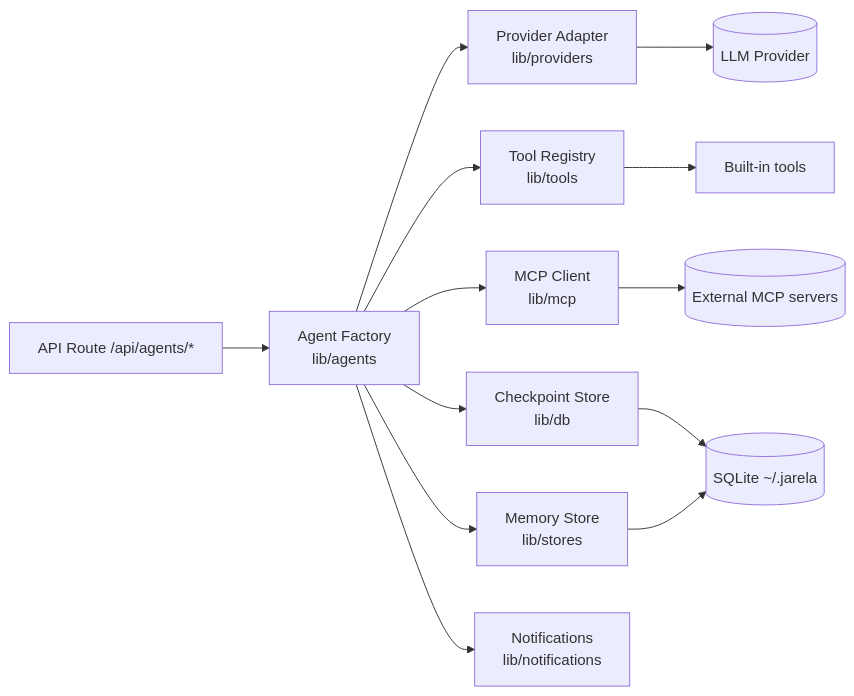
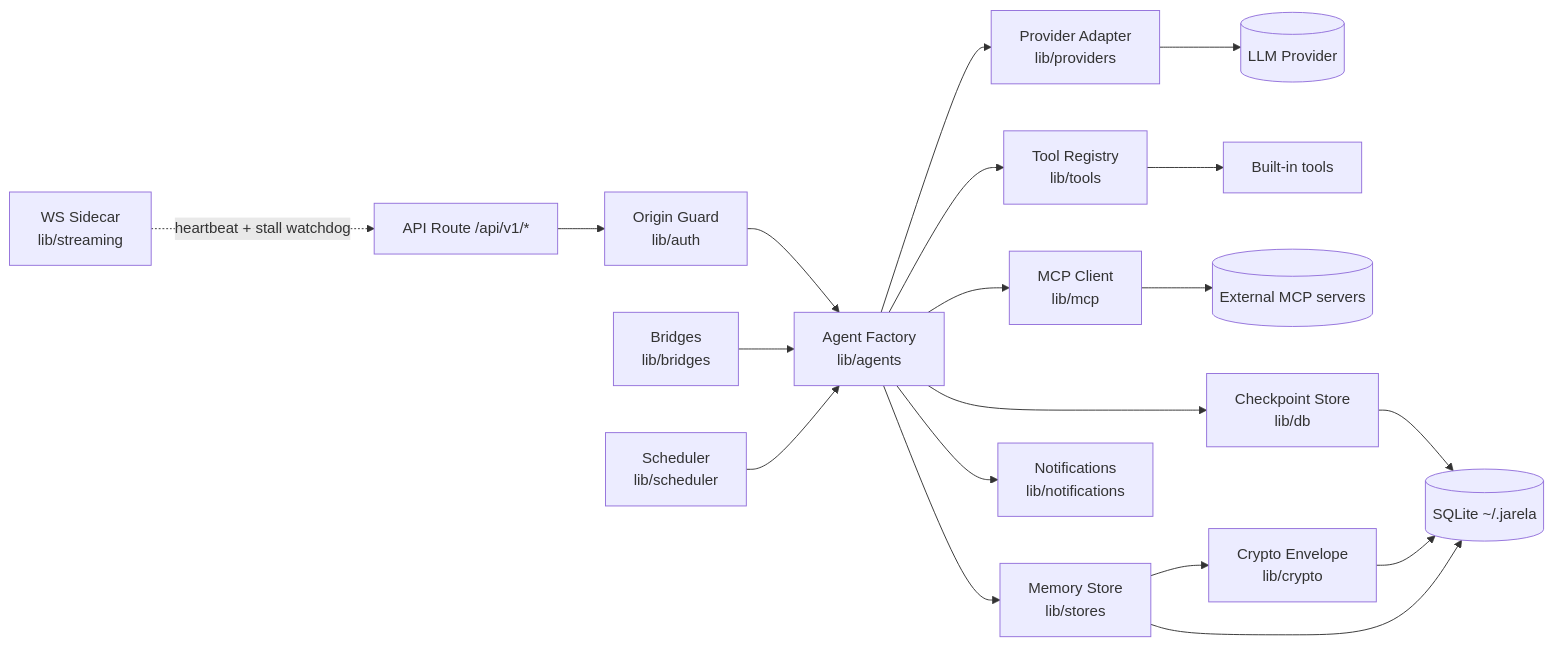
Before and after one commit to CircuitWall/jarela: the second of 5 diagrams in ARCHITECTURE.md, drawn with Mermaid. The commit also changed other lines of this file and 1 other file, not shown here.

First line of the commit message:
docs: refresh readme and architecture for ci, security, bridges

````diff
--- a/ARCHITECTURE.md
+++ b/ARCHITECTURE.md
@@ -45,15 +58,21 @@
 ```mermaid
 flowchart LR
-    A[API Route /api/agents/*] --> B[Agent Factory<br/>lib/agents]
+    A[API Route /api/v1/*] --> G0[Origin Guard<br/>lib/auth]
+    G0 --> B[Agent Factory<br/>lib/agents]
     B --> C[Provider Adapter<br/>lib/providers]
     B --> D[Tool Registry<br/>lib/tools]
     B --> E[MCP Client<br/>lib/mcp]
     C --> F[(LLM Provider)]
     D --> G[Built-in tools]
     E --> H[(External MCP servers)]
     B --> I[Checkpoint Store<br/>lib/db]
     I --> J[(SQLite ~/.jarela)]
     B --> K[Memory Store<br/>lib/stores]
+    K --> CR[Crypto Envelope<br/>lib/crypto]
+    CR --> J
     K --> J
     B --> L[Notifications<br/>lib/notifications]
+    BR[Bridges<br/>lib/bridges] --> B
+    SC[Scheduler<br/>lib/scheduler] --> B
+    WS[WS Sidecar<br/>lib/streaming] -.heartbeat + stall watchdog.-> A
 ```
````
